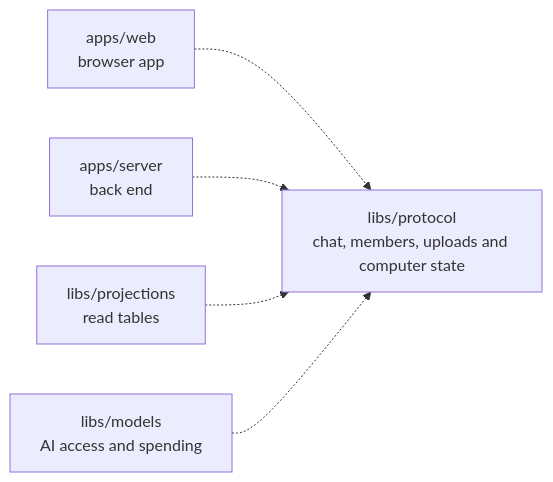
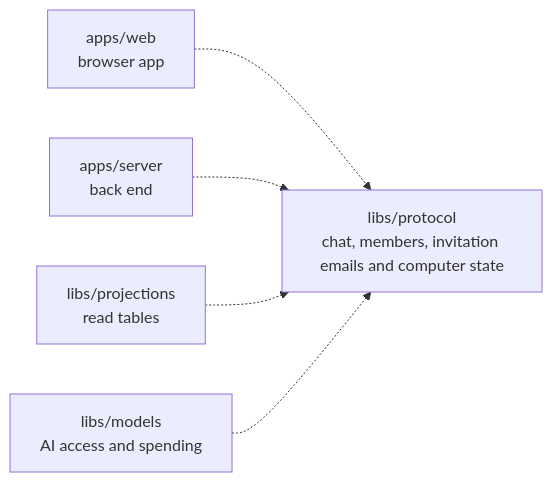
The diagram in libs/protocol/README.md (elewa-git/opencrane-new), drawn with Mermaid before and after one commit. The commit also changed other lines of this file and 18 other files, not shown here.

````diff
--- a/libs/protocol/README.md
+++ b/libs/protocol/README.md
@@ -11,7 +11,7 @@
 ```mermaid
 flowchart LR
-  web["apps/web<br/>browser app"] -.-> protocol["libs/protocol<br/>chat, members, uploads and computer state"]
+  web["apps/web<br/>browser app"] -.-> protocol["libs/protocol<br/>chat, members, invitation emails and computer state"]
   server["apps/server<br/>back end"] -.-> protocol
   projections["libs/projections<br/>read tables"] -.-> protocol
   models["libs/models<br/>AI access and spending"] -.-> protocol
 ```
````
